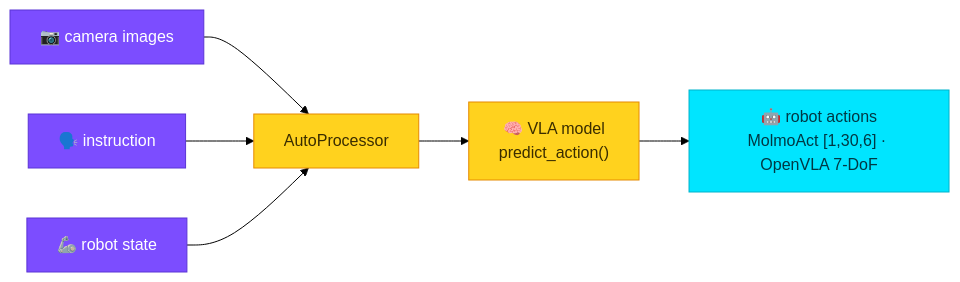
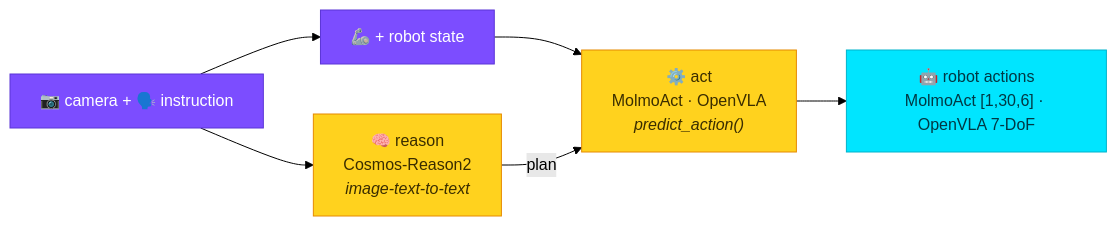
The diagram in docs/guide/robotics.md (cagataycali/strands-transformers), drawn with Mermaid (forest theme) before and after one commit. The commit also changed other lines of this file and 3 other files, not shown here.

First line of the commit message:
feat(examples,docs): strengthen robotics — add Cosmos-Reason2 embodied reasoning + model landscape

````diff
--- a/docs/guide/robotics.md
+++ b/docs/guide/robotics.md
@@ -7,15 +7,16 @@
 ```mermaid
 flowchart LR
-    CAM["📷 camera images"] --> PROC["AutoProcessor"]
-    INS["🗣️ instruction"] --> PROC
-    ST["🦾 robot state"] --> PROC
-    PROC --> VLA["🧠 VLA model<br/>predict_action()"]
-    VLA --> ACT["🤖 robot actions<br/>MolmoAct [1,30,6] · OpenVLA 7-DoF"]
+    CAM["📷 camera + 🗣️ instruction"]
+    CAM --> REASON["🧠 reason<br/>Cosmos-Reason2<br/><i>image-text-to-text</i>"]
+    CAM --> ST["🦾 + robot state"]
+    ST --> ACT["⚙️ act<br/>MolmoAct · OpenVLA<br/><i>predict_action()</i>"]
+    REASON -->|plan| ACT
+    ACT --> OUT["🤖 robot actions<br/>MolmoAct [1,30,6] · OpenVLA 7-DoF"]
 
     classDef in fill:#7C4DFF,stroke:#5b34d6,color:#fff;
     classDef mid fill:#FFD21E,stroke:#E68A00,color:#3a2d00;
     classDef out fill:#00E5FF,stroke:#00b3cc,color:#003844;
-    class CAM,INS,ST in;
-    class PROC,VLA mid;
-    class ACT out;
+    class CAM,ST in;
+    class REASON,ACT mid;
+    class OUT out;
 ```
````
